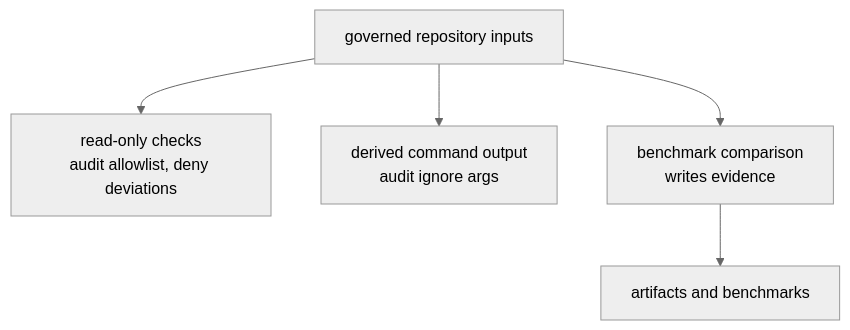
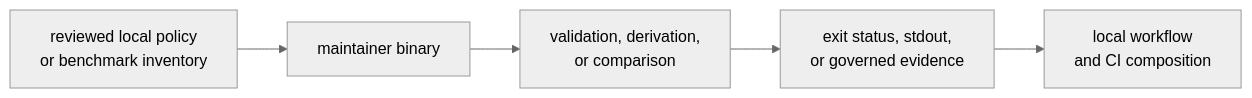
Before and after one commit to bijux/bijux-telecom: the first of 3 diagrams in docs/07-bijux-gnss-dev/foundation/package-overview.md, drawn with Mermaid (neutral theme). The commit also changed other lines of this file and 2 other files, not shown here.

Commit message:
docs(maintainers): orient repository workflow readers

````diff
--- a/docs/07-bijux-gnss-dev/foundation/package-overview.md
+++ b/docs/07-bijux-gnss-dev/foundation/package-overview.md
@@ -22,12 +23,13 @@
 ```mermaid
-flowchart TD
-    inputs["governed repository inputs"]
-    readonly["read-only checks<br/>audit allowlist, deny deviations"]
-    derived["derived command output<br/>audit ignore args"]
-    benchmark["benchmark comparison<br/>writes evidence"]
-    evidence["artifacts and benchmarks"]
+flowchart LR
+    policy["reviewed local policy<br/>or benchmark inventory"]
+    binary["maintainer binary"]
+    decision["validation, derivation,<br/>or comparison"]
+    evidence["exit status, stdout,<br/>or governed evidence"]
+    automation["local workflow<br/>and CI composition"]
 
-    inputs --> readonly
-    inputs --> derived
-    inputs --> benchmark --> evidence
+    policy --> binary
+    binary --> decision
+    decision --> evidence
+    evidence --> automation
 ```
````
